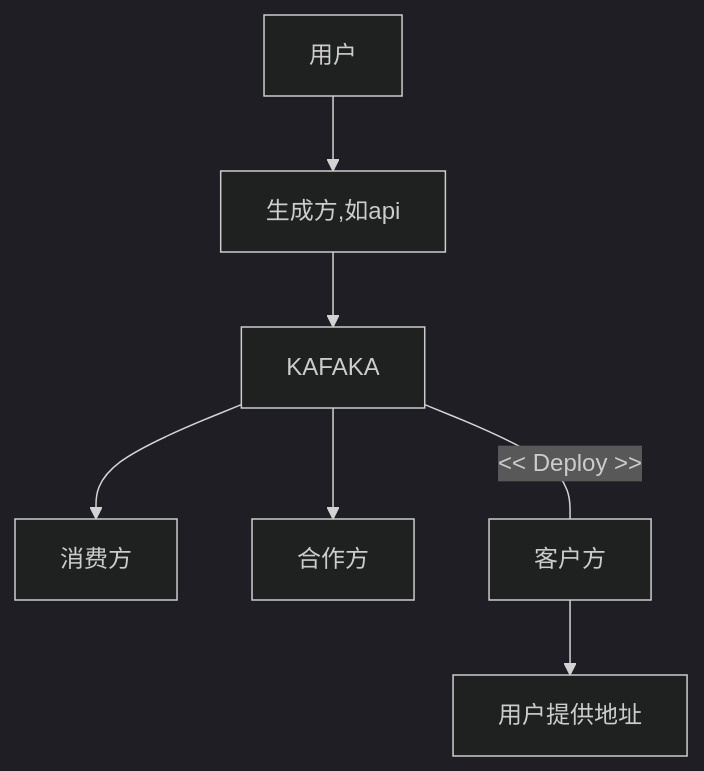
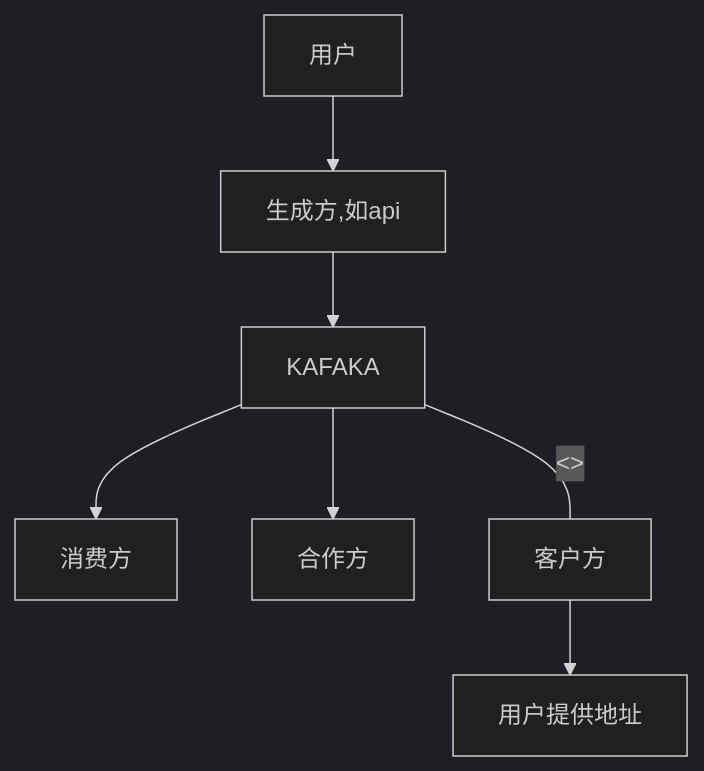
The diagram in README.md (13882163221/wc), drawn with Mermaid (dark theme) before and after one commit. The commit also changed other lines of this file, not shown here.

````diff
--- a/README.md
+++ b/README.md
@@ -1,15 +1,15 @@
 ```mermaid
 
     graph TD
 
 用户-->生成方,如api
 
 生成方,如api --> KAFAKA
 
 KAFAKA --> 消费方 & 合作方
 
-KAFAKA --<< Deploy >>--- 客户方
+KAFAKA --<<Deploy>>--- 客户方
 
 客户方 --> 用户提供地址
 
 ```
````
